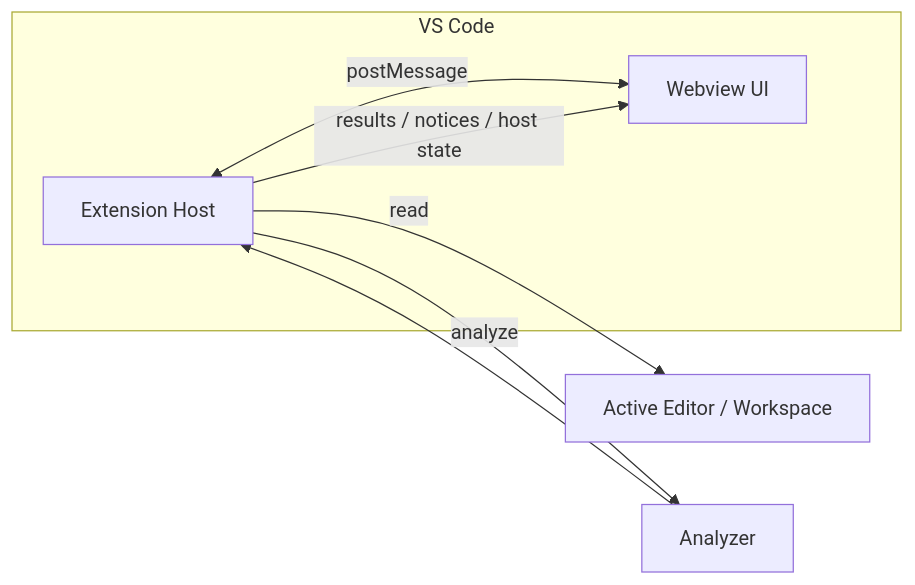
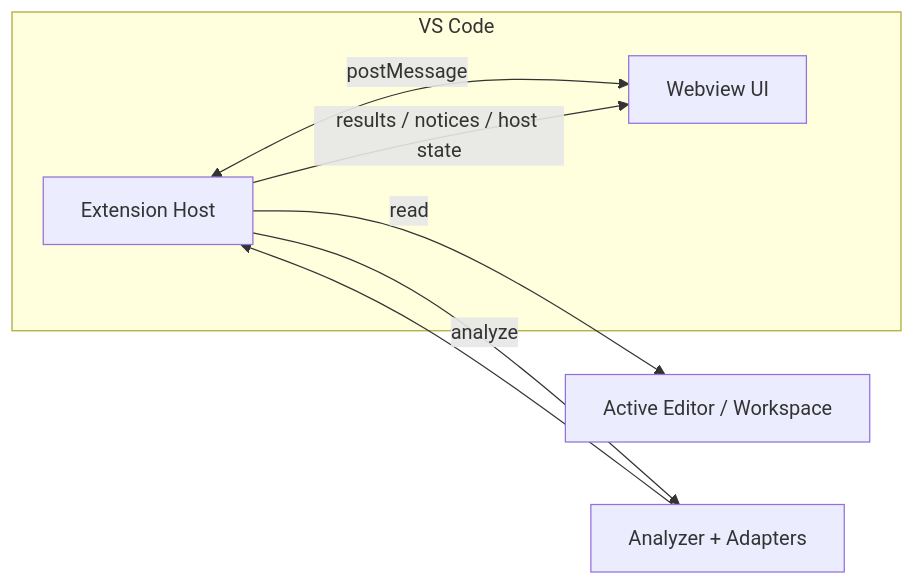
One commit to ppsssj/CodeGraph changed the diagram in README.md. Above: the diagram before and after it, drawn with Mermaid. The commit also changed other lines of this file and 9 other files, not shown here.

````diff
--- a/README.md
+++ b/README.md
@@ -346,13 +392,13 @@
 ```mermaid
 flowchart LR
   subgraph VSCode[VS Code]
     EH["Extension Host"]
     WV["Webview UI"]
   end
 
   EH <-->|postMessage| WV
   EH -->|read| AE["Active Editor / Workspace"]
-  EH -->|analyze| AST["Analyzer"]
+  EH -->|analyze| AST["Analyzer + Adapters"]
   AST --> EH
   EH -->|results / notices / host state| WV
 ```
````
